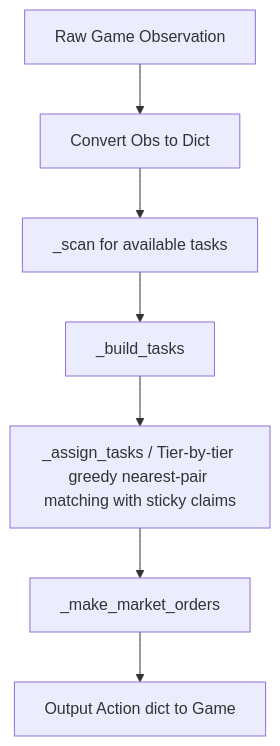
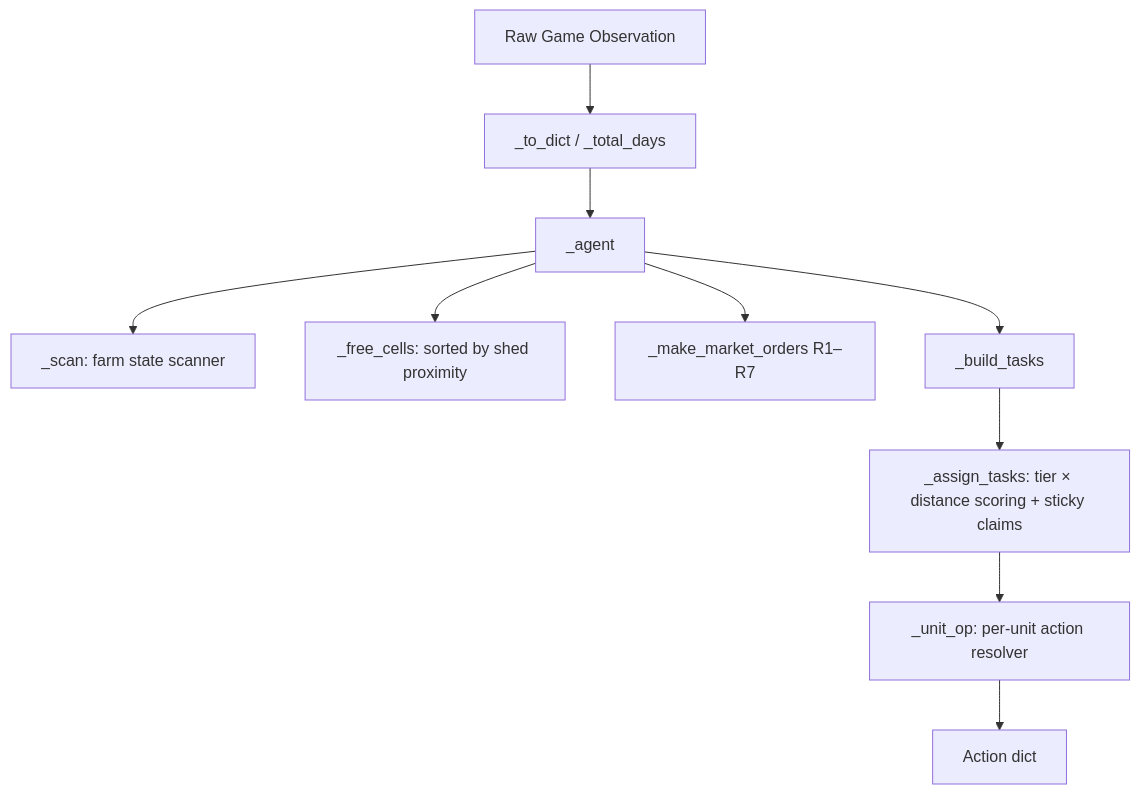
Before and after one commit to thiskartikey/KaggricultureAgent2: the diagram in instructions/brain.md, drawn with Mermaid. The commit also changed other lines of this file and 39 other files, not shown here.

````diff
--- a/instructions/brain.md
+++ b/instructions/brain.md
@@ -9,9 +9,12 @@
 ```mermaid
 graph TD
-    Obs[Raw Game Observation] --> Parse[Convert Obs to Dict]
-    Parse --> Scan[_scan for available tasks]
-    Scan --> BuildTasks[_build_tasks]
-    BuildTasks --> AssignTasks[_assign_tasks / Tier-by-tier greedy nearest-pair matching with sticky claims]
-    AssignTasks --> MarketOrders[_make_market_orders]
-    MarketOrders --> Output[Output Action dict to Game]
+    Obs[Raw Game Observation] --> Parse[_to_dict / _total_days]
+    Parse --> Agent[_agent]
+    Agent --> Scan[_scan: farm state scanner]
+    Agent --> Free[_free_cells: sorted by shed proximity]
+    Agent --> Market[_make_market_orders R1–R7]
+    Agent --> Tasks[_build_tasks]
+    Tasks --> Assign[_assign_tasks: tier × distance scoring + sticky claims]
+    Assign --> Op[_unit_op: per-unit action resolver]
+    Op --> Output[Action dict]
 ```
````
